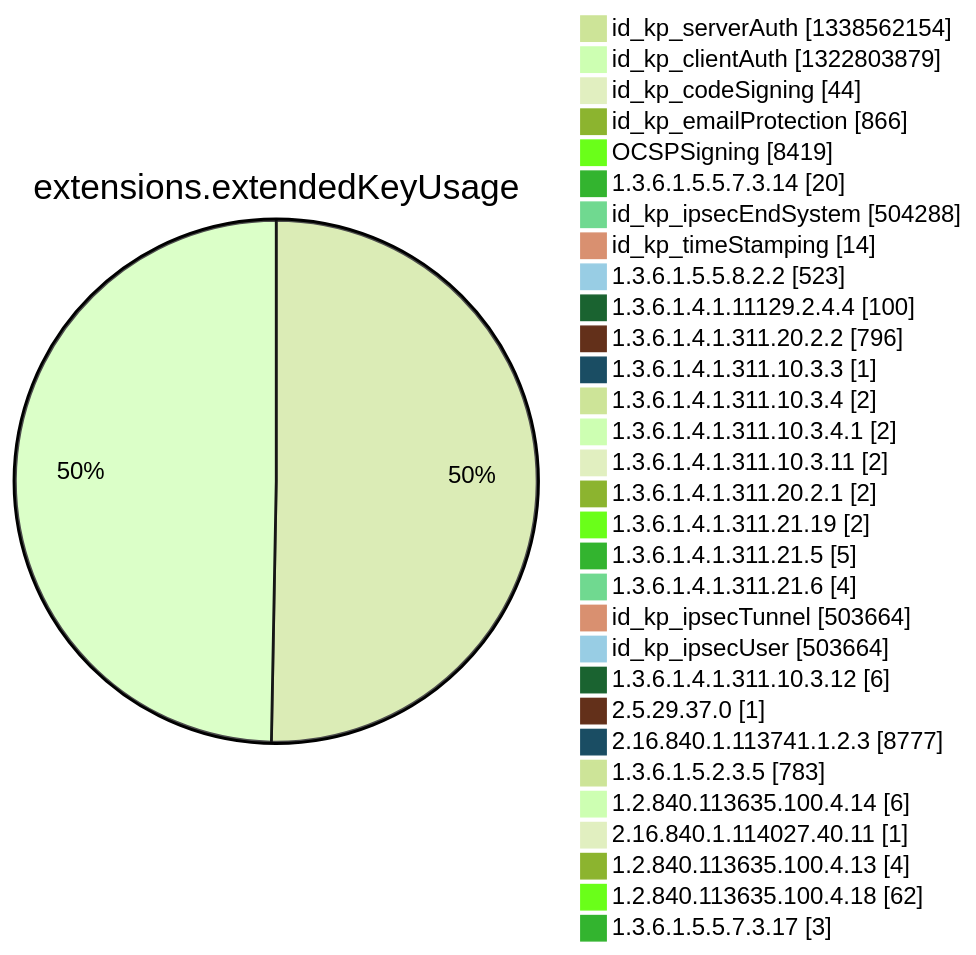
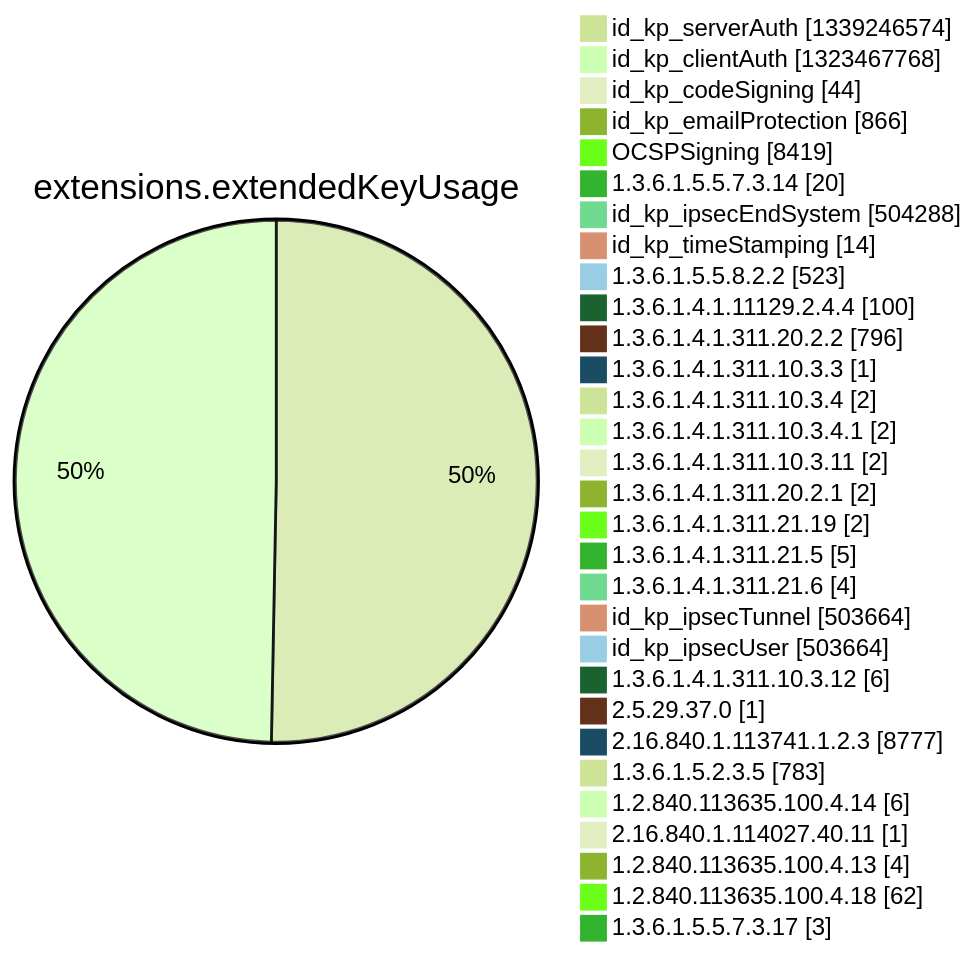
Before and after one commit to christiankrug/ctmonitor_visualization: diagram 12 of 15 in argon2022/README.md, drawn with Mermaid (forest theme). The commit also changed other lines of this file, not shown here.

````diff
--- a/argon2022/README.md
+++ b/argon2022/README.md
@@ -3553,34 +3553,34 @@
 ```mermaid
 pie showData
 title extensions.extendedKeyUsage
-"id_kp_serverAuth" :1338562154
-"id_kp_clientAuth" :1322803879
+"id_kp_serverAuth" :1339246574
+"id_kp_clientAuth" :1323467768
 "id_kp_codeSigning" :44
 "id_kp_emailProtection" :866
 "OCSPSigning" :8419
 "1.3.6.1.5.5.7.3.14" :20
 "id_kp_ipsecEndSystem" :504288
 "id_kp_timeStamping" :14
 "1.3.6.1.5.5.8.2.2" :523
 "1.3.6.1.4.1.11129.2.4.4" :100
 "1.3.6.1.4.1.311.20.2.2" :796
 "1.3.6.1.4.1.311.10.3.3" :1
 "1.3.6.1.4.1.311.10.3.4" :2
 "1.3.6.1.4.1.311.10.3.4.1" :2
 "1.3.6.1.4.1.311.10.3.11" :2
 "1.3.6.1.4.1.311.20.2.1" :2
 "1.3.6.1.4.1.311.21.19" :2
 "1.3.6.1.4.1.311.21.5" :5
 "1.3.6.1.4.1.311.21.6" :4
 "id_kp_ipsecTunnel" :503664
 "id_kp_ipsecUser" :503664
 "1.3.6.1.4.1.311.10.3.12" :6
 "2.5.29.37.0" :1
 "2.16.840.1.113741.1.2.3" :8777
 "1.3.6.1.5.2.3.5" :783
 "1.2.840.113635.100.4.14" :6
 "2.16.840.1.114027.40.11" :1
 "1.2.840.113635.100.4.13" :4
 "1.2.840.113635.100.4.18" :62
 "1.3.6.1.5.5.7.3.17" :3
 ```
````
